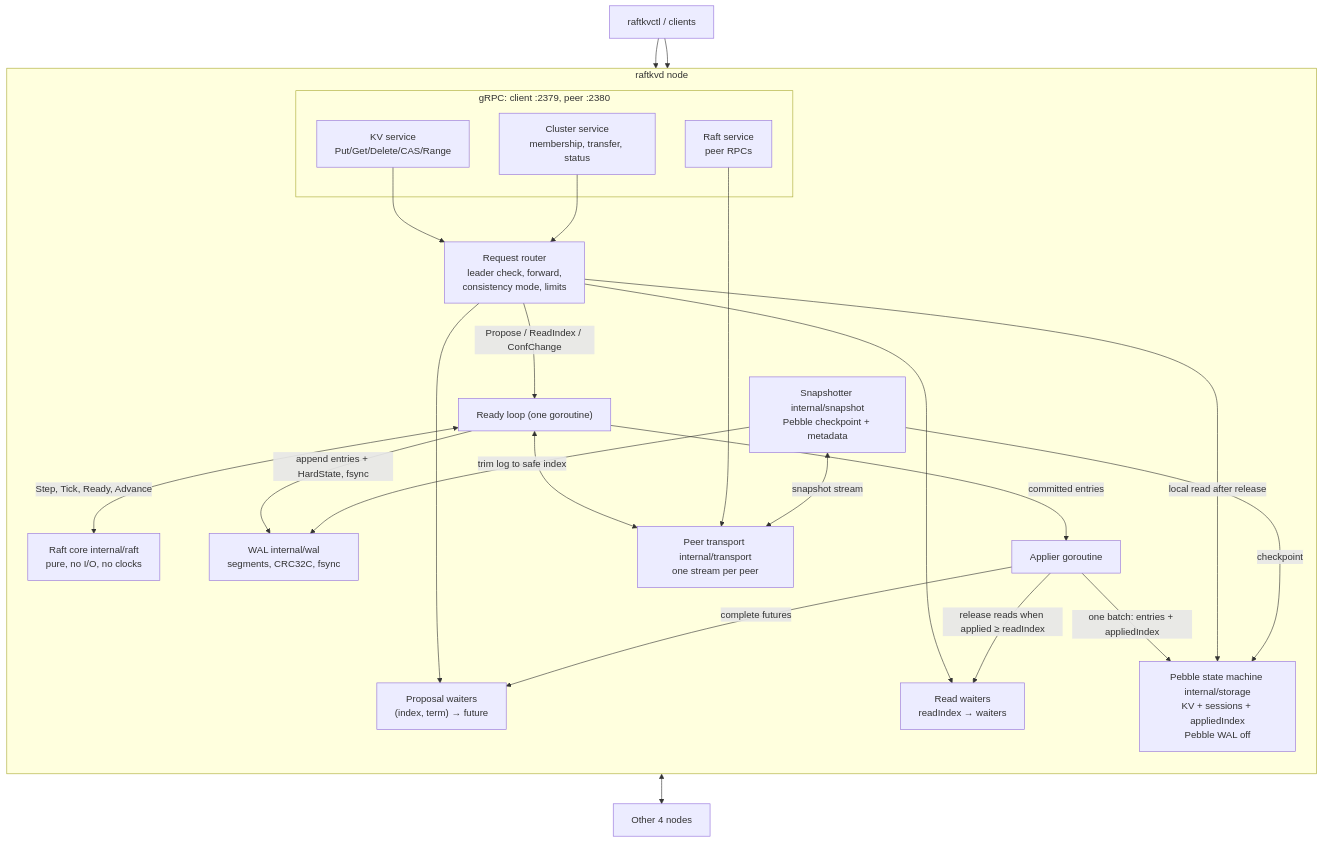
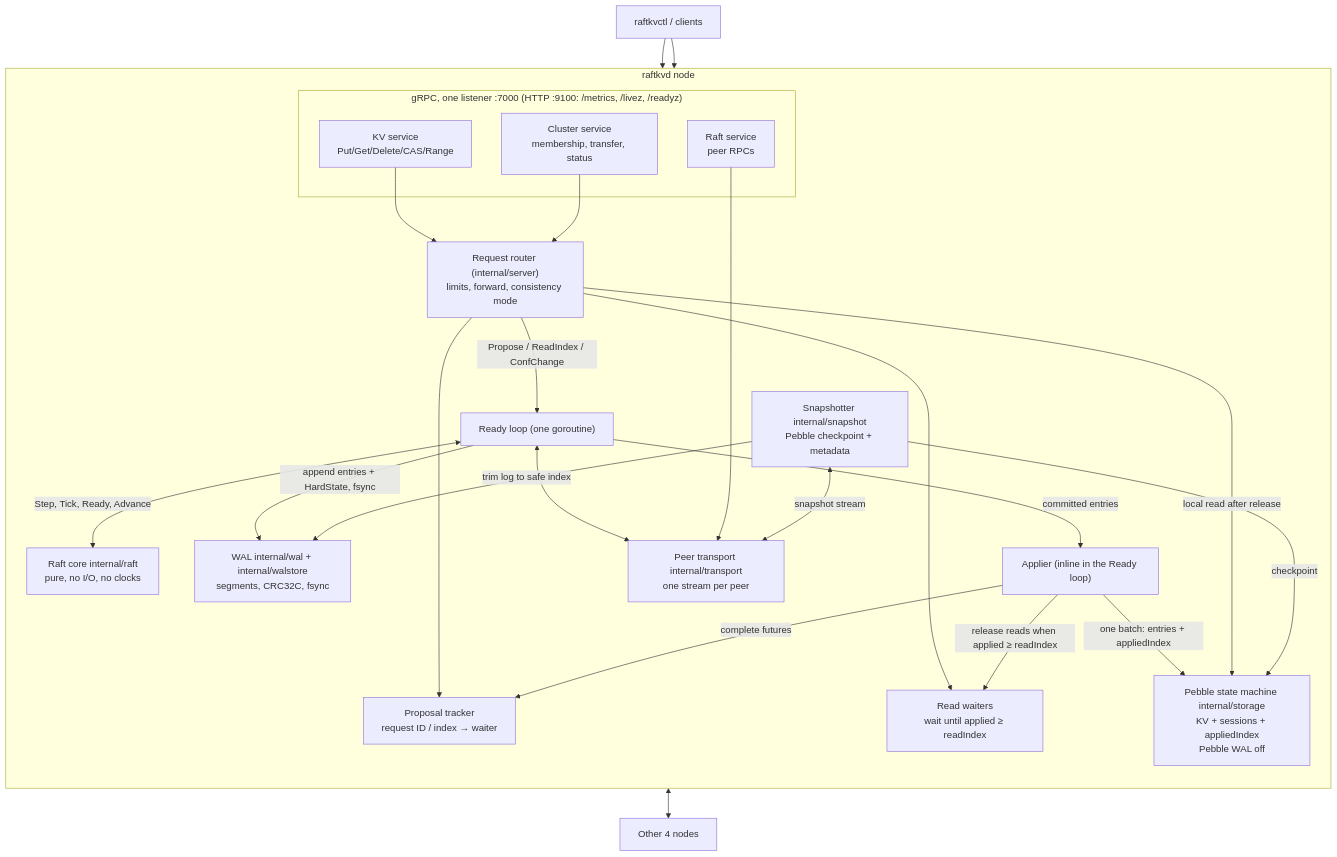
One commit to bibekgupta3333/raftkv-distributed-store changed the first of 5 diagrams in docs/architecture.md. Above: the diagram before and after it, drawn with Mermaid. The commit also changed other lines of this file and 6 other files, not shown here.

Commit message:
docs: sync architecture, system, storage, api and ci docs with the M0-M5 code; CI evidence steps

````diff
--- a/docs/architecture.md
+++ b/docs/architecture.md
@@ -53,49 +53,49 @@
 ```mermaid
 flowchart TB
     C1["raftkvctl / clients"]
 
     subgraph Node["raftkvd node"]
         direction TB
-        subgraph API["gRPC: client :2379, peer :2380"]
+        subgraph API["gRPC, one listener :7000 (HTTP :9100: /metrics, /livez, /readyz)"]
             KV["KV service<br/>Put/Get/Delete/CAS/Range"]
             CL["Cluster service<br/>membership, transfer, status"]
             RS["Raft service<br/>peer RPCs"]
         end
 
-        RT["Request router<br/>leader check, forward,<br/>consistency mode, limits"]
-        PW["Proposal waiters<br/>(index, term) → future"]
-        RW["Read waiters<br/>readIndex → waiters"]
+        RT["Request router (internal/server)<br/>limits, forward, consistency mode"]
+        PW["Proposal tracker<br/>request ID / index → waiter"]
+        RW["Read waiters<br/>wait until applied ≥ readIndex"]
 
         RN["Ready loop (one goroutine)"]
         CORE["Raft core internal/raft<br/>pure, no I/O, no clocks"]
 
-        WAL["WAL internal/wal<br/>segments, CRC32C, fsync"]
-        AP["Applier goroutine"]
+        WAL["WAL internal/wal + internal/walstore<br/>segments, CRC32C, fsync"]
+        AP["Applier (inline in the Ready loop)"]
         SM["Pebble state machine internal/storage<br/>KV + sessions + appliedIndex<br/>Pebble WAL off"]
         SN["Snapshotter internal/snapshot<br/>Pebble checkpoint + metadata"]
         TR["Peer transport internal/transport<br/>one stream per peer"]
     end
 
     PEERS["Other 4 nodes"]
 
     C1 --> KV
     C1 --> CL
     KV --> RT
     CL --> RT
     RT -- "Propose / ReadIndex / ConfChange" --> RN
     RT --> PW
     RT --> RW
     RN <-- "Step, Tick, Ready, Advance" --> CORE
     RN -- "append entries + HardState, fsync" --> WAL
     RN -- "committed entries" --> AP
     AP -- "one batch: entries + appliedIndex" --> SM
     AP -- "complete futures" --> PW
     AP -- "release reads when applied ≥ readIndex" --> RW
     RT -- "local read after release" --> SM
     RN <--> TR
     RS --> TR
     TR <--> PEERS
     SN -- "checkpoint" --> SM
     SN -- "trim log to safe index" --> WAL
     SN <-- "snapshot stream" --> TR
 ```
````
